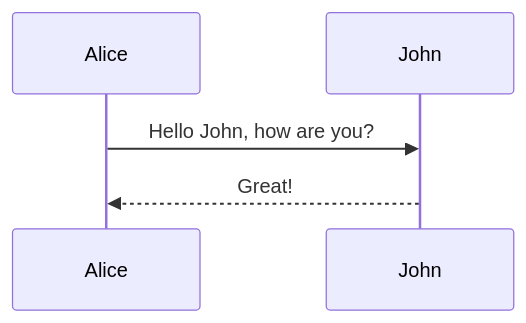
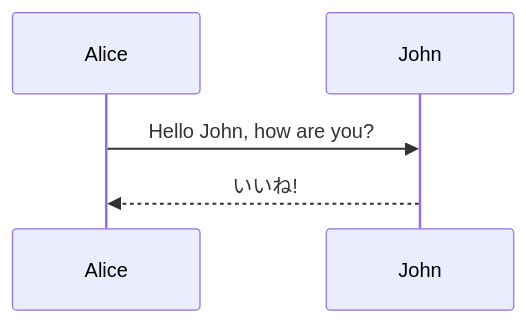
Before and after one commit to Hondarer/pub_markdown: the third of 3 diagrams in docs-src/index.md, drawn with Mermaid. The commit also changed other lines of this file and 2 other files, not shown here.

Commit message:
Mermaidサポート

````diff
--- a/docs-src/index.md
+++ b/docs-src/index.md
@@ -198,5 +203,5 @@
 ```mermaid:テストだよ.mmd
 sequenceDiagram
     Alice->>John: Hello John, how are you?
-    John-->>Alice: Great!
+    John-->>Alice: いいね!
 ```
````
